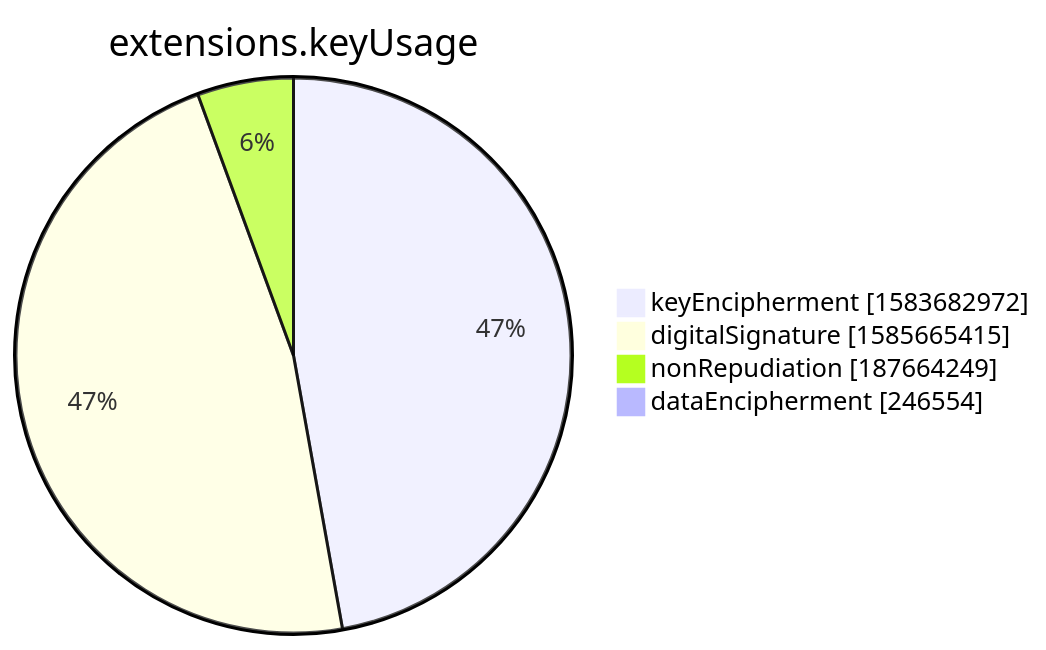
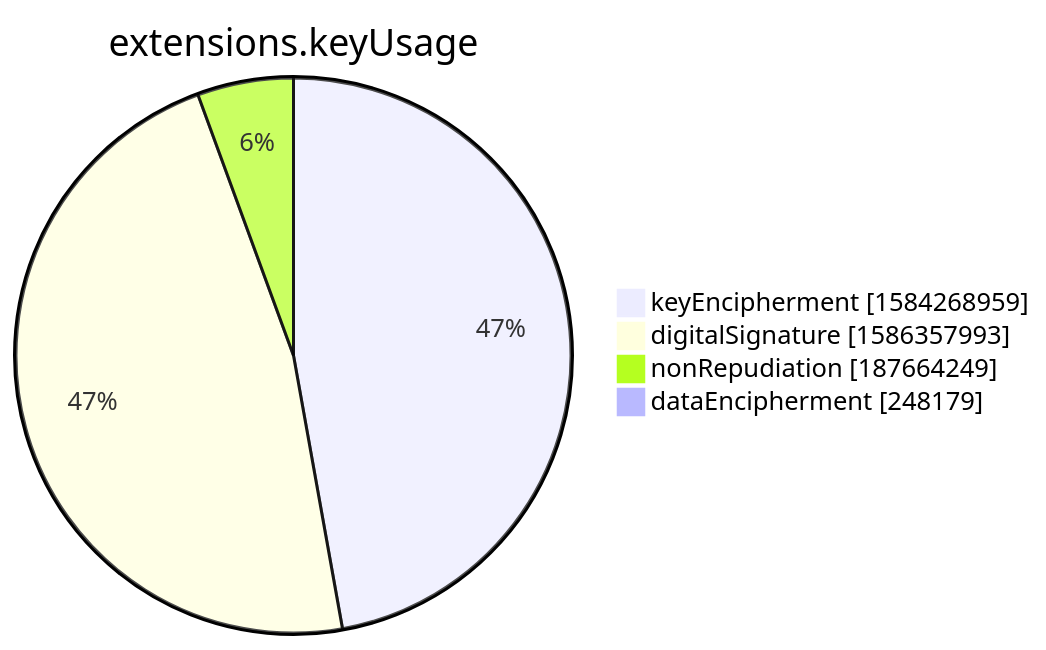
Before and after one commit to christiankrug/ctmonitor_visualization: the seventh of 15 diagrams in xenon2022/README.md, drawn with Mermaid. The commit also changed other lines of this file, not shown here.

````diff
--- a/xenon2022/README.md
+++ b/xenon2022/README.md
@@ -2854,8 +2854,8 @@
 ```mermaid
 pie showData
 title extensions.keyUsage
-"keyEncipherment" :1583682972
-"digitalSignature" :1585665415
+"keyEncipherment" :1584268959
+"digitalSignature" :1586357993
 "nonRepudiation" :187664249
-"dataEncipherment" :246554
+"dataEncipherment" :248179
 ```
````
